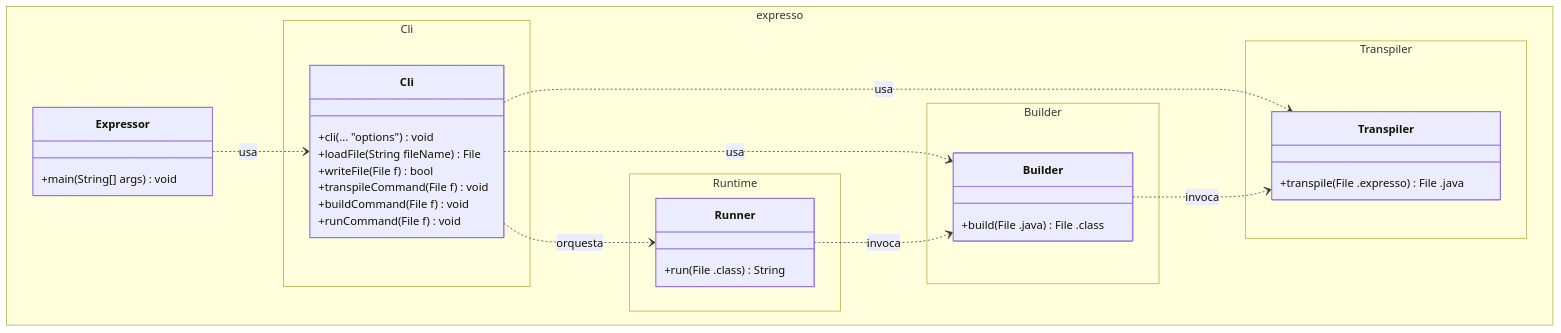
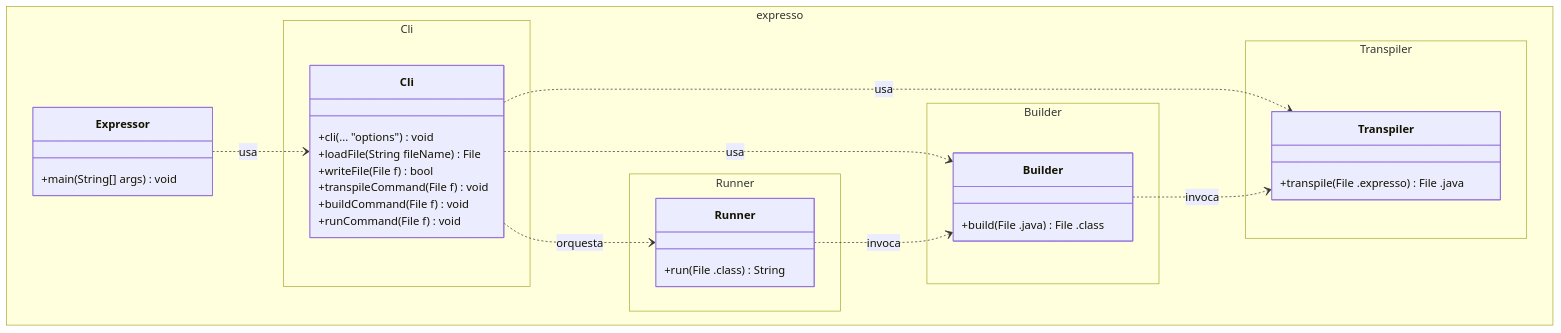
Before and after one commit to anthonyOviedo/Expresso: the diagram in UML.mmd, drawn with Mermaid.

```diff
--- a/UML.mmd
+++ b/UML.mmd
@@ -1,51 +1,51 @@
 classDiagram
 %% =======================
 %% Paquetes / namespaces
 %% =======================
 
 namespace expresso{
   class Expressor {
     +main(String[] args) void
   }
 }
 
 namespace expresso.Cli {
   class Cli {
     +cli(... "options") void
     +loadFile(String fileName) File
     +writeFile(File f) bool
     +transpileCommand(File f) void
     +buildCommand(File f) void
     +runCommand(File f) void
   }
 }
 
 
 namespace expresso.Transpiler {
   class Transpiler {
     +transpile(File .expresso) File .java
   }
 }
 
 namespace expresso.Builder {
   class Builder {
     +build(File .java) File .class
   }
 }
 
-namespace expresso.Runtime {
+namespace expresso.Runner {
   class Runner {
     +run(File .class) String
   }
 }
 
 %% =======================
 %% Relaciones internas
 %% =======================
 Expressor ..> Cli : usa
 Cli ..> Transpiler : usa
 Cli ..> Builder  : usa
 Cli ..> Runner     : orquesta
 
 Builder ..> Transpiler : invoca
 Runner    ..> Builder  : invoca
```
